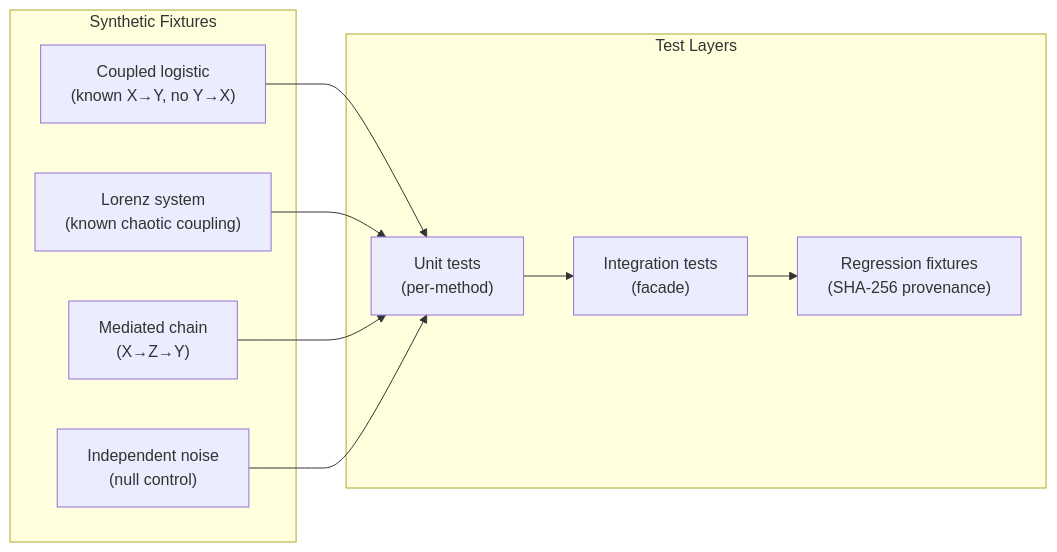
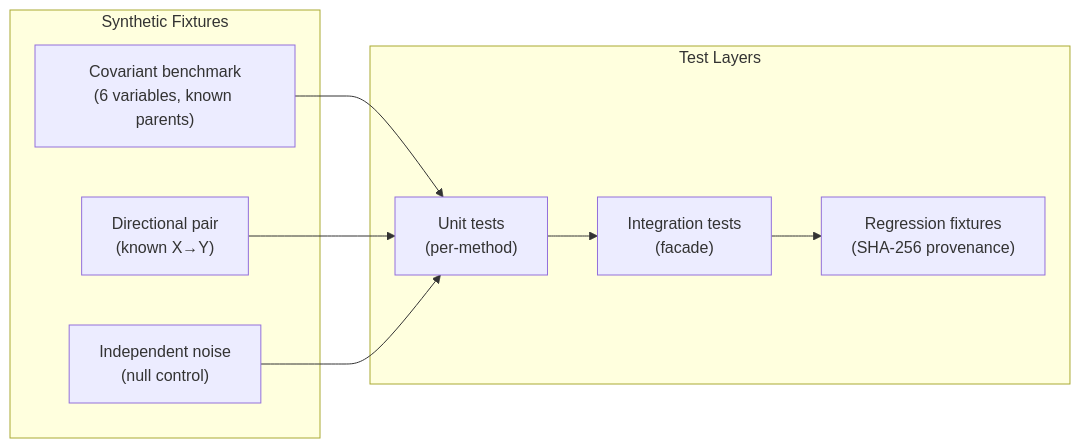
Before and after one commit to AdamKrysztopa/dependence-forecastability: the fifth of 9 diagrams in docs/plan/v0_3_0_covariant_informative_ultimate_plan.md, drawn with Mermaid. The commit also changed other lines of this file, not shown here.

````diff
--- a/docs/plan/v0_3_0_covariant_informative_ultimate_plan.md
+++ b/docs/plan/v0_3_0_covariant_informative_ultimate_plan.md
@@ -525,22 +2152,20 @@
 ```mermaid
 flowchart LR
     subgraph "Synthetic Fixtures"
-        CL["Coupled logistic\n(known X→Y, no Y→X)"]
-        LOR["Lorenz system\n(known chaotic coupling)"]
-        MED["Mediated chain\n(X→Z→Y)"]
+        BM["Covariant benchmark\n(6 variables, known parents)"]
+        DP["Directional pair\n(known X→Y)"]
         NOISE["Independent noise\n(null control)"]
     end
 
     subgraph "Test Layers"
         UNIT["Unit tests\n(per-method)"]
         INTEG["Integration tests\n(facade)"]
         REGR["Regression fixtures\n(SHA-256 provenance)"]
     end
 
-    CL --> UNIT
-    LOR --> UNIT
-    MED --> UNIT
+    BM --> UNIT
+    DP --> UNIT
     NOISE --> UNIT
     UNIT --> INTEG
     INTEG --> REGR
 ```
````
